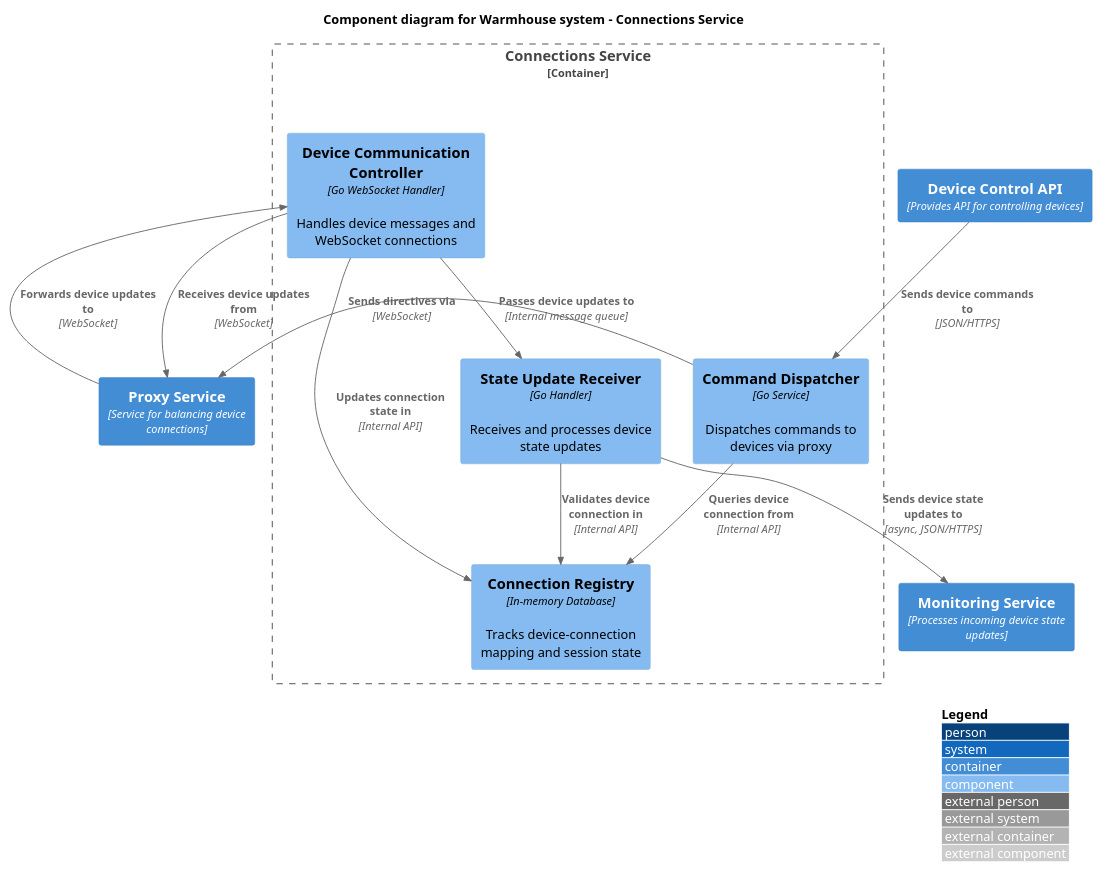
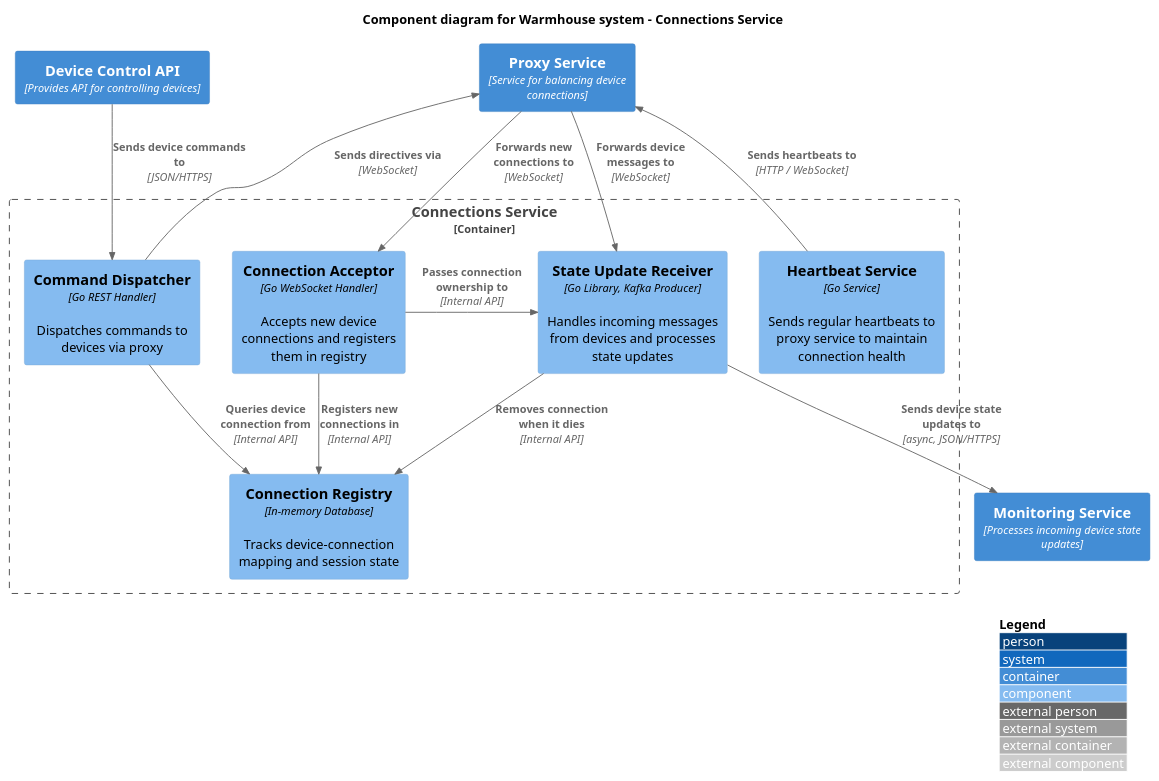
Before and after one commit to regu1yar/p1-architecture-warmhouse: the diagram in diagrams/component/connections_service.puml, drawn with PlantUML. The commit also changed 7 other files, not shown here.

Commit message:
Refine component diagrams

```diff
--- a/diagrams/component/connections_service.puml
+++ b/diagrams/component/connections_service.puml
@@ -1,32 +1,34 @@
 @startuml
 ' !include https://raw.githubusercontent.com/plantuml-stdlib/C4-PlantUML/master/C4_Component.puml
 ' uncomment the following line and comment the first to use locally
 !include ./C4_Component.puml
 
 LAYOUT_WITH_LEGEND()
 
 title Component diagram for Warmhouse system - Connections Service
 
 Container(proxy_service, "Proxy Service", "Service for balancing device connections")
 Container(monitoring_service, "Monitoring Service", "Processes incoming device state updates")
 Container(device_control_api, "Device Control API", "Provides API for controlling devices")
 
 Container_Boundary(connections_service, "Connections Service") {
-    Component(device_communication_controller, "Device Communication Controller", "Go WebSocket Handler", "Handles device messages and WebSocket connections")
-    Component(command_dispatcher, "Command Dispatcher", "Go Service", "Dispatches commands to devices via proxy")
-    Component(state_update_receiver, "State Update Receiver", "Go Handler", "Receives and processes device state updates")
+    Component(connection_acceptor, "Connection Acceptor", "Go WebSocket Handler", "Accepts new device connections and registers them in registry")
+    Component(state_update_receiver, "State Update Receiver", "Go Library, Kafka Producer", "Handles incoming messages from devices and processes state updates")
+    Component(command_dispatcher, "Command Dispatcher", "Go REST Handler", "Dispatches commands to devices via proxy")
     Component(connection_registry, "Connection Registry", "In-memory Database", "Tracks device-connection mapping and session state")
+    Component(heartbeat_service, "Heartbeat Service", "Go Service", "Sends regular heartbeats to proxy service to maintain connection health")
 
-    Rel(device_communication_controller, connection_registry, "Updates connection state in", "Internal API")
+    Rel(connection_acceptor, connection_registry, "Registers new connections in", "Internal API")
+    Rel_Neighbor(connection_acceptor, state_update_receiver, "Passes connection ownership to", "Internal API")
+    Rel(state_update_receiver, connection_registry, "Removes connection when it dies", "Internal API")
     Rel(command_dispatcher, connection_registry, "Queries device connection from", "Internal API")
-    Rel(state_update_receiver, connection_registry, "Validates device connection in", "Internal API")
     Rel(state_update_receiver, monitoring_service, "Sends device state updates to", "async, JSON/HTTPS")
     Rel(command_dispatcher, proxy_service, "Sends directives via", "WebSocket")
-    Rel(device_communication_controller, proxy_service, "Receives device updates from", "WebSocket")
+    Rel(heartbeat_service, proxy_service, "Sends heartbeats to", "HTTP / WebSocket")
 }
 
-Rel(proxy_service, device_communication_controller, "Forwards device updates to", "WebSocket")
+Rel(proxy_service, connection_acceptor, "Forwards new connections to", "WebSocket")
+Rel(proxy_service, state_update_receiver, "Forwards device messages to", "WebSocket")
 Rel(device_control_api, command_dispatcher, "Sends device commands to", "JSON/HTTPS")
-Rel(device_communication_controller, state_update_receiver, "Passes device updates to", "Internal message queue")
 
 @enduml
```
